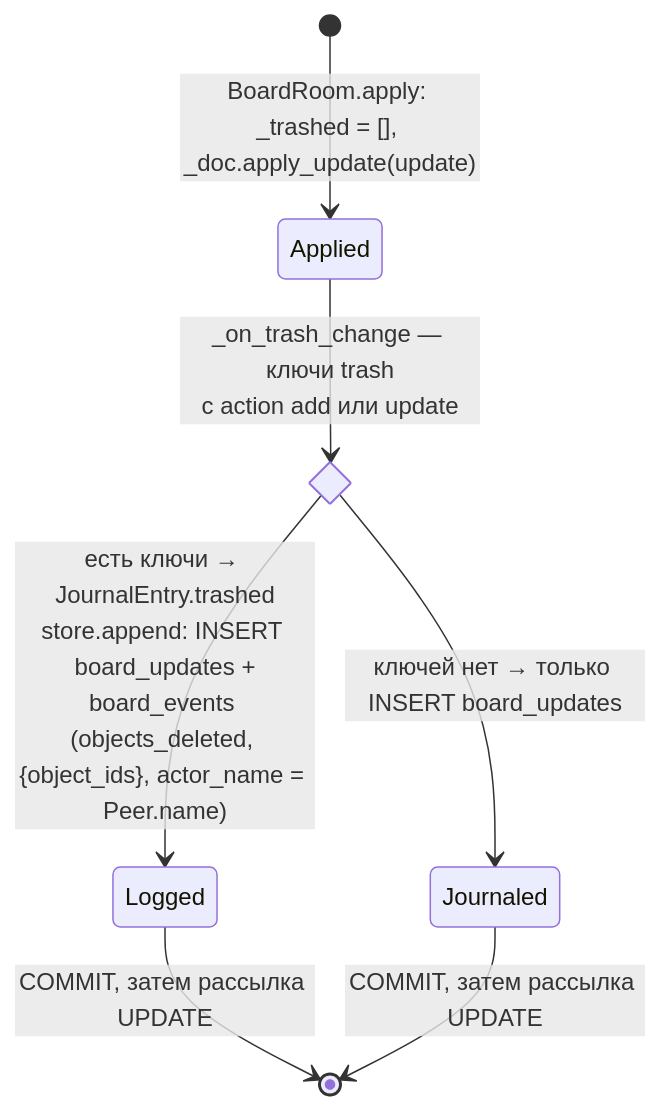
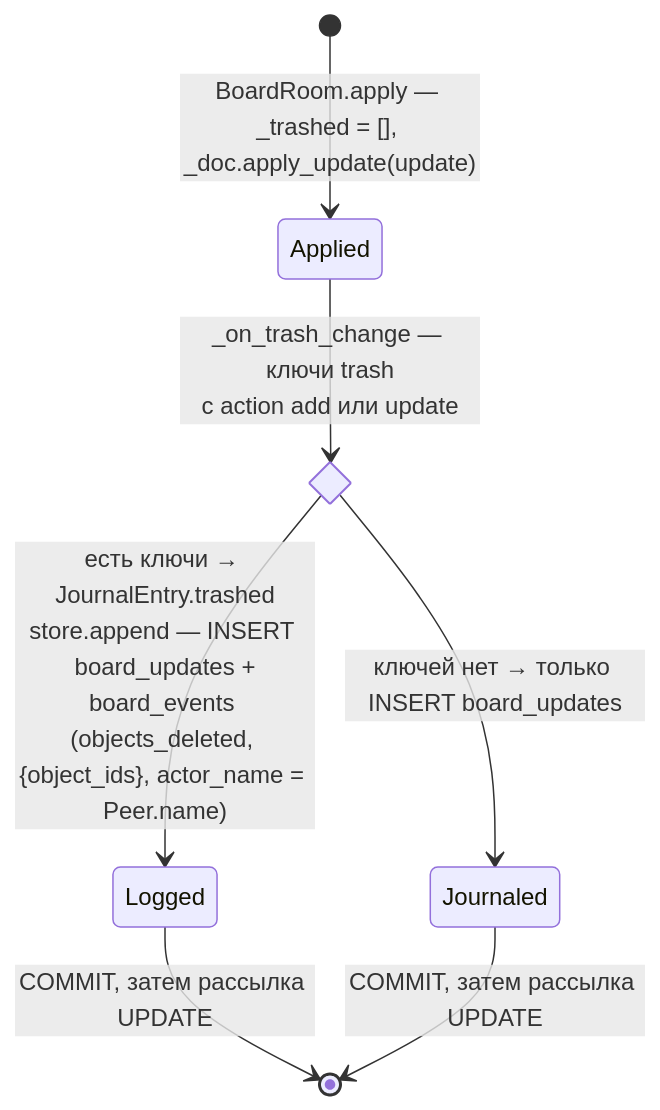
One commit to shumakove/myboard changed the second of 2 diagrams in uml/states/board-object.md. Above: the diagram before and after it, drawn with Mermaid. The commit also changed other lines of this file and 4 other files, not shown here.

Commit message:
T5.2: Обновить UML-схемы сцены, создания и выделения

````diff
--- a/uml/states/board-object.md
+++ b/uml/states/board-object.md
@@ -17,10 +17,10 @@
 ```mermaid
 stateDiagram-v2
   state seen <<choice>>
-  [*] --> Applied: BoardRoom.apply: _trashed = [], _doc.apply_update(update)
+  [*] --> Applied: BoardRoom.apply — _trashed = [], _doc.apply_update(update)
   Applied --> seen: _on_trash_change — ключи trash<br/>с action add или update
-  seen --> Logged: есть ключи → JournalEntry.trashed<br/>store.append: INSERT board_updates +<br/>board_events (objects_deleted, {object_ids}, actor_name = Peer.name)
+  seen --> Logged: есть ключи → JournalEntry.trashed<br/>store.append — INSERT board_updates +<br/>board_events (objects_deleted, {object_ids}, actor_name = Peer.name)
   seen --> Journaled: ключей нет → только INSERT board_updates
   Logged --> [*]: COMMIT, затем рассылка UPDATE
   Journaled --> [*]: COMMIT, затем рассылка UPDATE
 ```
````
